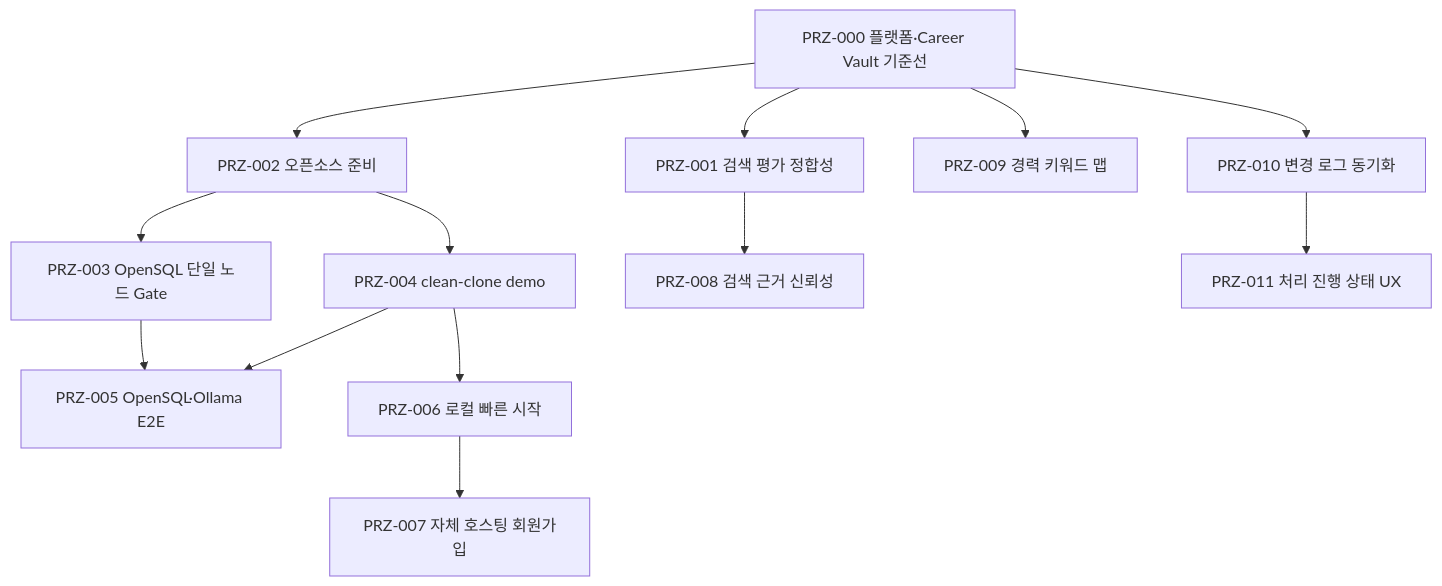
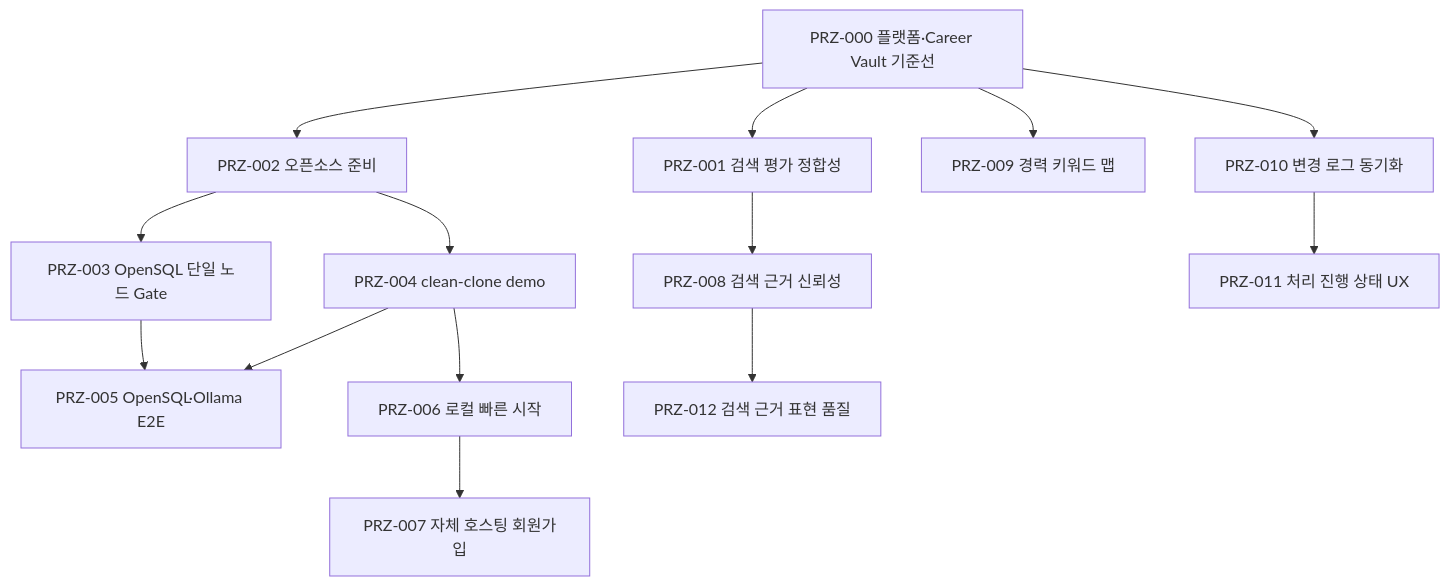
One commit to jaemin-devlog/PRIZM changed the diagram in specs/README.md. Above: the diagram before and after it, drawn with Mermaid. The commit also changed other lines of this file and 29 other files, not shown here.

````diff
--- a/specs/README.md
+++ b/specs/README.md
@@ -23,22 +23,23 @@
 ```mermaid
 flowchart TD
     PRZ000["PRZ-000 플랫폼·Career Vault 기준선"]
     PRZ001["PRZ-001 검색 평가 정합성"]
     PRZ002["PRZ-002 오픈소스 준비"]
     PRZ003["PRZ-003 OpenSQL 단일 노드 Gate"]
     PRZ004["PRZ-004 clean-clone demo"]
     PRZ005["PRZ-005 OpenSQL·Ollama E2E"]
     PRZ006["PRZ-006 로컬 빠른 시작"]
     PRZ007["PRZ-007 자체 호스팅 회원가입"]
     PRZ008["PRZ-008 검색 근거 신뢰성"]
     PRZ009["PRZ-009 경력 키워드 맵"]
     PRZ010["PRZ-010 변경 로그 동기화"]
     PRZ011["PRZ-011 처리 진행 상태 UX"]
+    PRZ012["PRZ-012 검색 근거 표현 품질"]
 
-    PRZ000 --> PRZ001 --> PRZ008
+    PRZ000 --> PRZ001 --> PRZ008 --> PRZ012
     PRZ000 --> PRZ002 --> PRZ003 --> PRZ005
     PRZ002 --> PRZ004 --> PRZ005
     PRZ004 --> PRZ006 --> PRZ007
     PRZ000 --> PRZ009
     PRZ000 --> PRZ010 --> PRZ011
 ```
````
